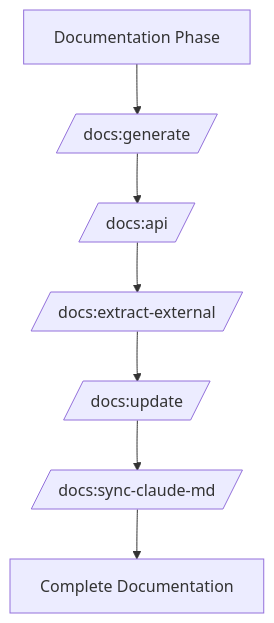
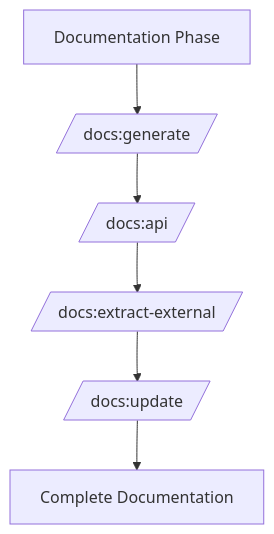
One commit to thomasholknielsen/claude-code-config changed diagram 19 of 31 in docs/developer-workflows.md. Above: the diagram before and after it, drawn with Mermaid. The commit also changed other lines of this file and 7 other files, not shown here.

````diff
--- a/docs/developer-workflows.md
+++ b/docs/developer-workflows.md
@@ -1020,9 +1019,8 @@
 ```mermaid
 graph TD
     A[Documentation Phase] --> B[/docs:generate/]
     B --> C[/docs:api/]
     C --> D[/docs:extract-external/]
     D --> E[/docs:update/]
-    E --> F[/docs:sync-claude-md/]
-    F --> G[Complete Documentation]
+    E --> F[Complete Documentation]
 ```
````
